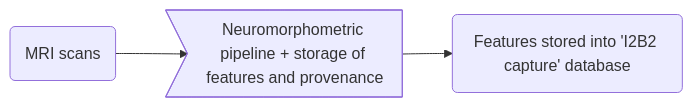
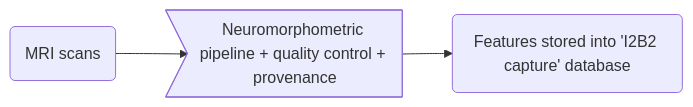
The fifth of 6 diagrams in content/data-factory/pipelines.md (HBPMedical/specifications), drawn with Mermaid before and after one commit. The commit also changed other lines of this file and 3 other files, not shown here.

```diff
--- a/content/data-factory/pipelines.md
+++ b/content/data-factory/pipelines.md
@@ -82,8 +91,8 @@
 {{<mermaid align="left">}}
 graph LR
         data_in(MRI scans)
         data_out(Features stored into 'I2B2 capture' database)
-        processing> Neuromorphometric pipeline + storage of features and provenance]
+        processing> Neuromorphometric pipeline + quality control + provenance]
         data_in --> processing
         processing --> data_out
 {{< /mermaid >}}
```
